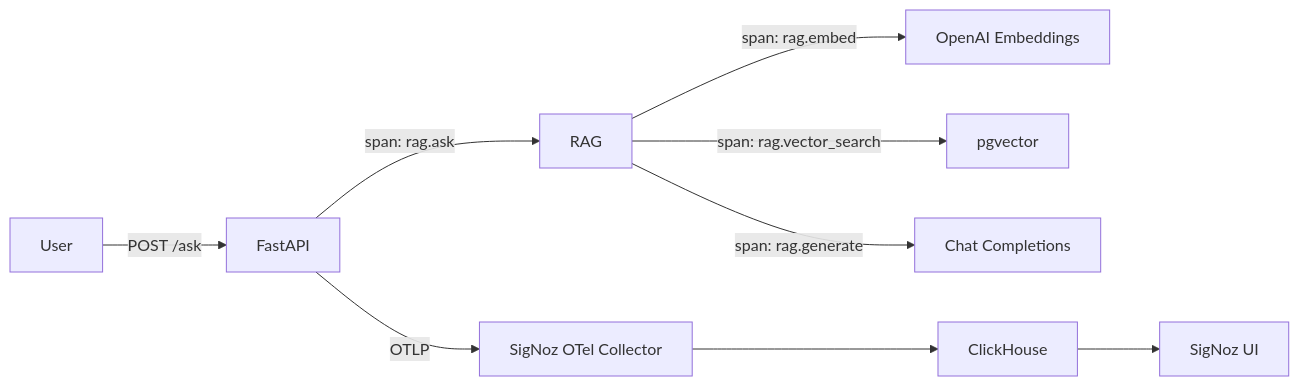
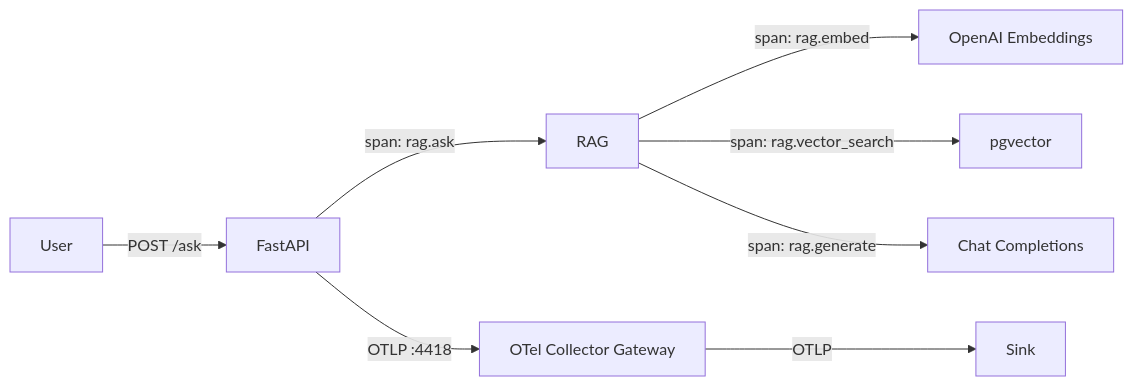
Before and after one commit to one2nc/ai_observability: the diagram in experiments/01_otel/README.md, drawn with Mermaid. The commit also changed other lines of this file and 19 other files, not shown here.

Commit message:
Restructure infra (gateway + sinks), fix idempotent ingest, update diagrams and READMEs

````diff
--- a/experiments/01_otel/README.md
+++ b/experiments/01_otel/README.md
@@ -7,11 +7,10 @@
 ```mermaid
 graph LR
     User -->|POST /ask| FastAPI
     FastAPI -->|span: rag.ask| RAG
     RAG -->|span: rag.embed| OpenAI[OpenAI Embeddings]
     RAG -->|span: rag.vector_search| PG[pgvector]
     RAG -->|span: rag.generate| LLM[Chat Completions]
-    FastAPI -->|OTLP| Collector[SigNoz OTel Collector]
-    Collector --> ClickHouse
-    ClickHouse --> SigNoz[SigNoz UI]
+    FastAPI -->|OTLP :4418| Gateway[OTel Collector Gateway]
+    Gateway -->|OTLP| Sink[Sink]
 ```
````
